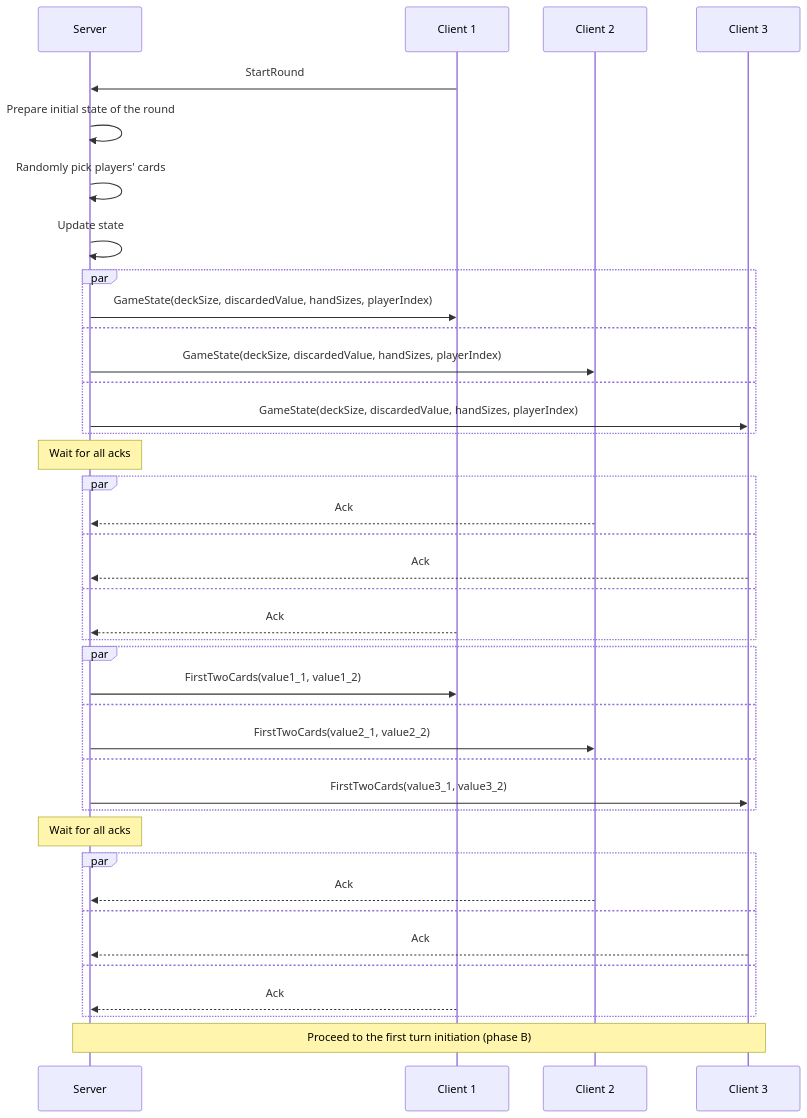
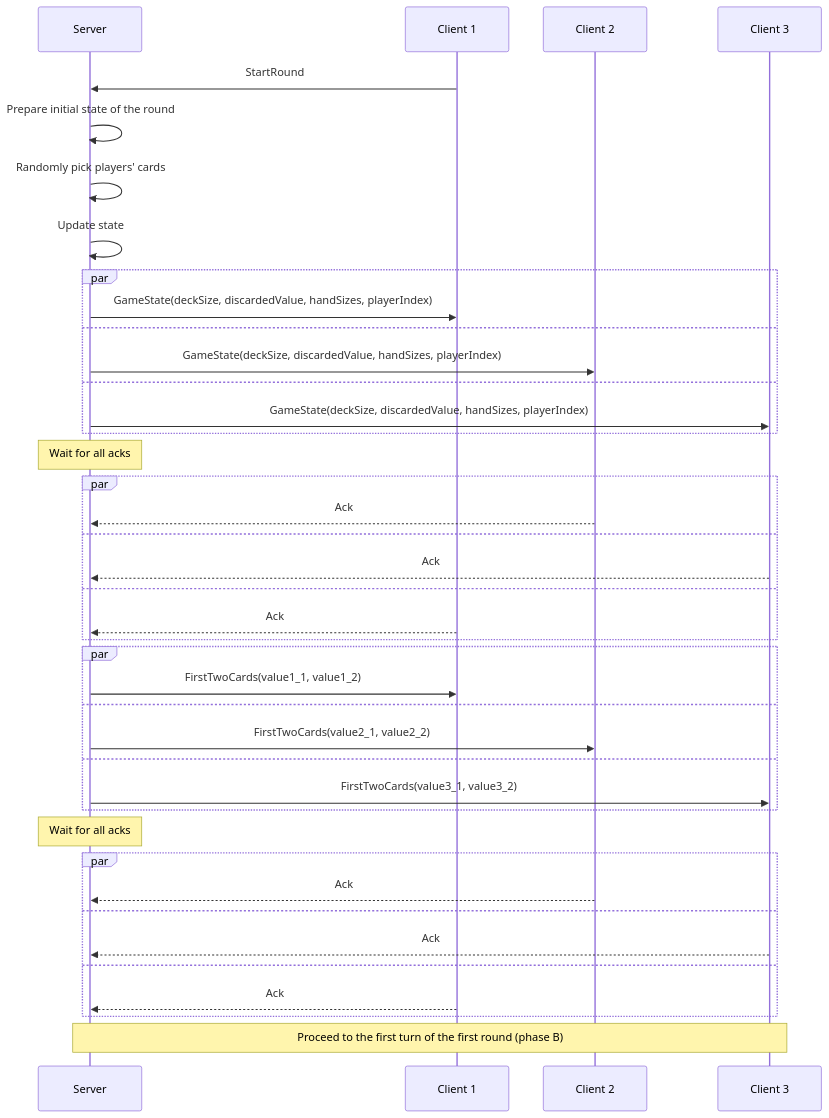
The second of 17 diagrams in README.md (roman-zubarevich/another), drawn with Mermaid before and after one commit. The commit also changed other lines of this file, not shown here.

````diff
--- a/README.md
+++ b/README.md
@@ -48,42 +51,42 @@
 ```mermaid
 sequenceDiagram
     participant S as Server
     participant C1 as Client 1
     participant C2 as Client 2
     participant C3 as Client 3
     C1->>S: StartRound
     S->>S: Prepare initial state of the round
     S->>S: Randomly pick players' cards
     S->>S: Update state
     par
         S->>C1: GameState(deckSize, discardedValue, handSizes, playerIndex)
     and
         S->>C2: GameState(deckSize, discardedValue, handSizes, playerIndex)
     and
         S->>C3: GameState(deckSize, discardedValue, handSizes, playerIndex)
     end
     Note over S: Wait for all acks
     par
         C2-->>S: Ack
     and
         C3-->>S: Ack
     and
         C1-->>S: Ack
     end
     par
         S->>C1: FirstTwoCards(value1_1, value1_2)
     and
         S->>C2: FirstTwoCards(value2_1, value2_2)
     and
         S->>C3: FirstTwoCards(value3_1, value3_2)
     end
     Note over S: Wait for all acks
     par
         C2-->>S: Ack
     and
         C3-->>S: Ack
     and
         C1-->>S: Ack
     end
-    Note over S,C3: Proceed to the first turn initiation (phase B)
+    Note over S,C3: Proceed to the first turn of the first round (phase B)
 ```
````
